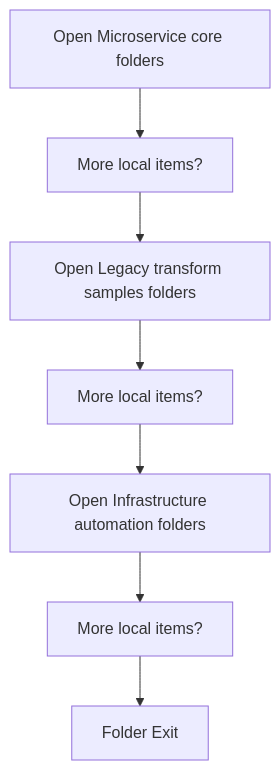
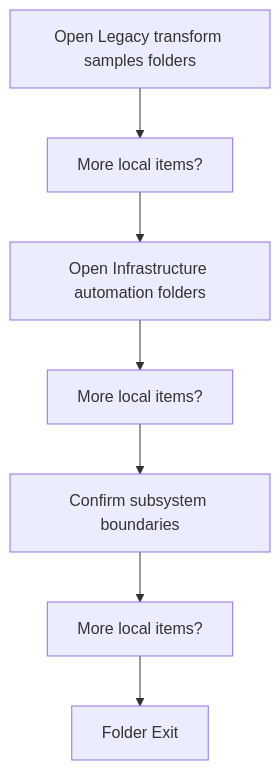
The second of 2 diagrams in docs/Codebase/README.md (JohnAndrewBalbarosa/NeoTerritory), drawn with Mermaid before and after one commit. The commit also changed other lines of this file and 23 other files, not shown here.

First line of the commit message:
Add Diffing subsystem core and docs

````diff
--- a/docs/Codebase/README.md
+++ b/docs/Codebase/README.md
@@ -48,16 +48,16 @@
 ```mermaid
 flowchart TD
-    N0["Open Microservice core folders"]
+    N0["Open Legacy transform samples folders"]
     N1["More local items?"]
-    N2["Open Legacy transform samples folders"]
+    N2["Open Infrastructure automation folders"]
     N3["More local items?"]
-    N4["Open Infrastructure automation folders"]
+    N4["Confirm subsystem boundaries"]
     N5["More local items?"]
     N6["Folder Exit"]
     N0 --> N1
     N1 --> N2
     N2 --> N3
     N3 --> N4
     N4 --> N5
     N5 --> N6
 ```
````
